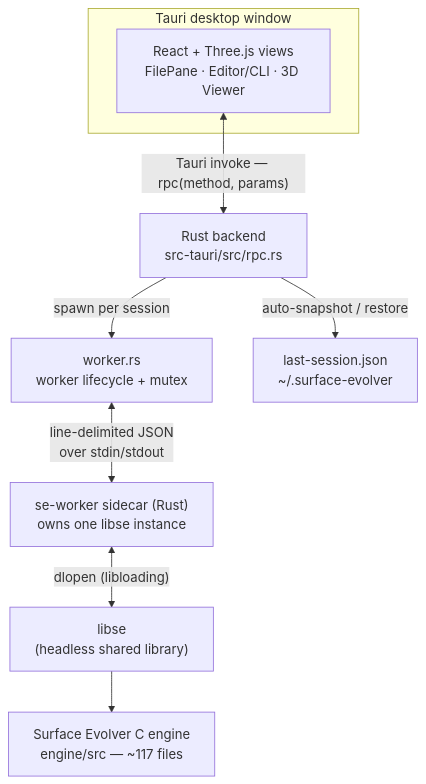
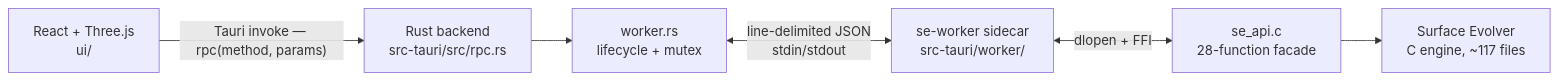
One commit to sersergious/surface-evolver changed the diagram in README.md. Above: the diagram before and after it, drawn with Mermaid. The commit also changed other lines of this file and 2 other files, not shown here.

````diff
--- a/README.md
+++ b/README.md
@@ -45,12 +133,8 @@
 ```mermaid
-flowchart TD
-    subgraph win["Tauri desktop window"]
-        UI["React + Three.js views<br/>FilePane · Editor/CLI · 3D Viewer"]
-    end
-    UI <-->|"Tauri invoke — rpc(method, params)"| Main["Rust backend<br/>src-tauri/src/rpc.rs"]
-    Main -->|"spawn per session"| Mgr["worker.rs<br/>worker lifecycle + mutex"]
-    Mgr <-->|"line-delimited JSON<br/>over stdin/stdout"| Worker["se-worker sidecar (Rust)<br/>owns one libse instance"]
-    Worker <-->|"dlopen (libloading)"| Lib["libse<br/>(headless shared library)"]
-    Lib --> Engine["Surface Evolver C engine<br/>engine/src — ~117 files"]
-    Main -->|"auto-snapshot / restore"| Persist["last-session.json<br/>~/.surface-evolver"]
+flowchart LR
+    UI["React + Three.js<br/>ui/"] -->|"Tauri invoke — rpc(method, params)"| RPC["Rust backend<br/>src-tauri/src/rpc.rs"]
+    RPC --> Mgr["worker.rs<br/>lifecycle + mutex"]
+    Mgr <-->|"line-delimited JSON<br/>stdin/stdout"| W["se-worker sidecar<br/>src-tauri/worker/"]
+    W <-->|"dlopen + FFI"| Facade["se_api.c<br/>28-function facade"]
+    Facade --> Engine["Surface Evolver<br/>C engine, ~117 files"]
 ```
````
